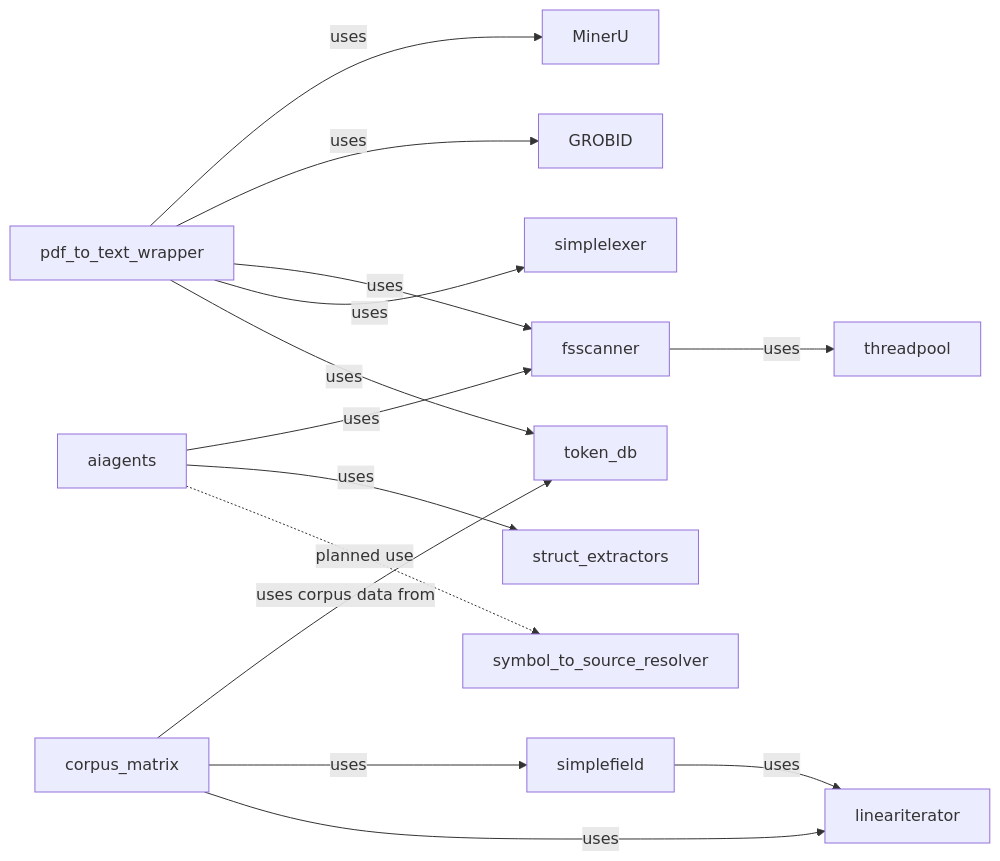
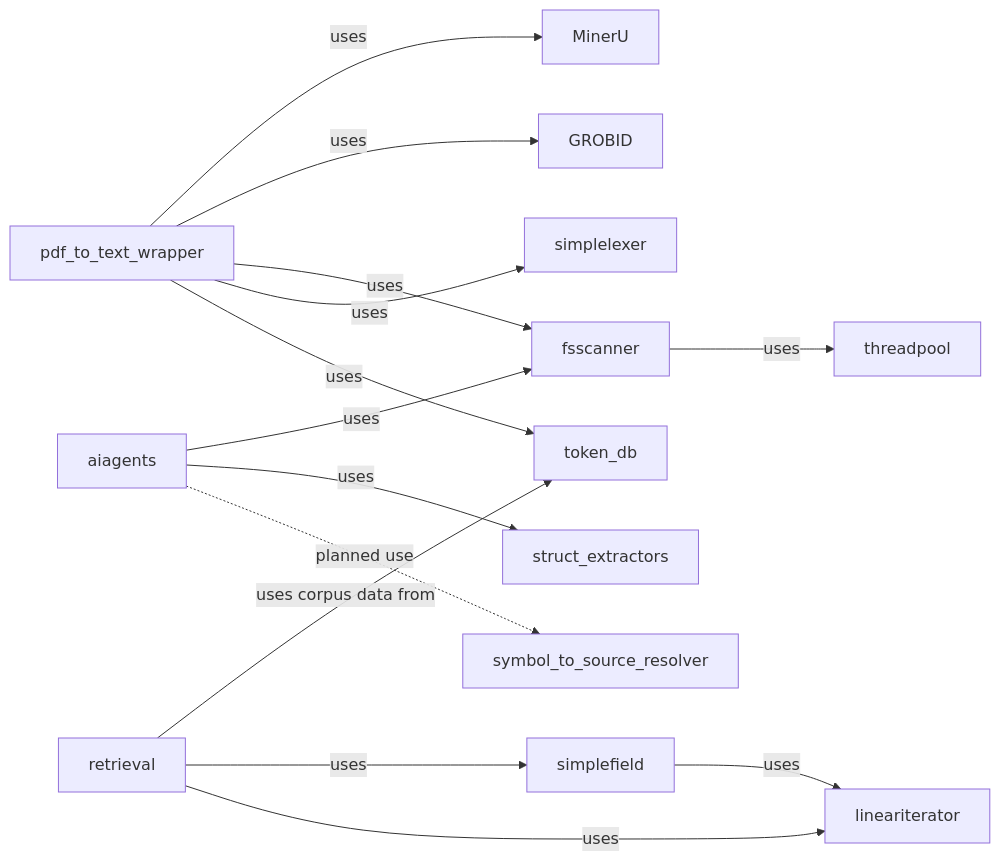
One commit to witold-k/witold-k changed the sixth of 6 diagrams in README.md. Above: the diagram before and after it, drawn with Mermaid. The commit also changed other lines of this file and 1 other file, not shown here.

Commit message:
docs: describe renamed retrieval and standalone SVD (assistant-authored)

````diff
--- a/README.md
+++ b/README.md
@@ -157,16 +135,16 @@
 ```mermaid
 flowchart LR
     SF[simplefield] -->|uses| LI[lineariterator]
     PDF[pdf_to_text_wrapper] -->|uses| MU[MinerU]
     PDF -->|uses| GR[GROBID]
     PDF -->|uses| FS[fsscanner]
     FS -->|uses| TP[threadpool]
     PDF -->|uses| LX[simplelexer]
     PDF -->|uses| T[token_db]
-    CM[corpus_matrix] -->|uses corpus data from| T
-    CM -->|uses| SF
-    CM -->|uses| LI
+    R[retrieval] -->|uses corpus data from| T
+    R -->|uses| SF
+    R -->|uses| LI
     A[aiagents] -->|uses| FS
     A -->|uses| SE[struct_extractors]
     A -.->|planned use| SSR[symbol_to_source_resolver]
 ```
````
